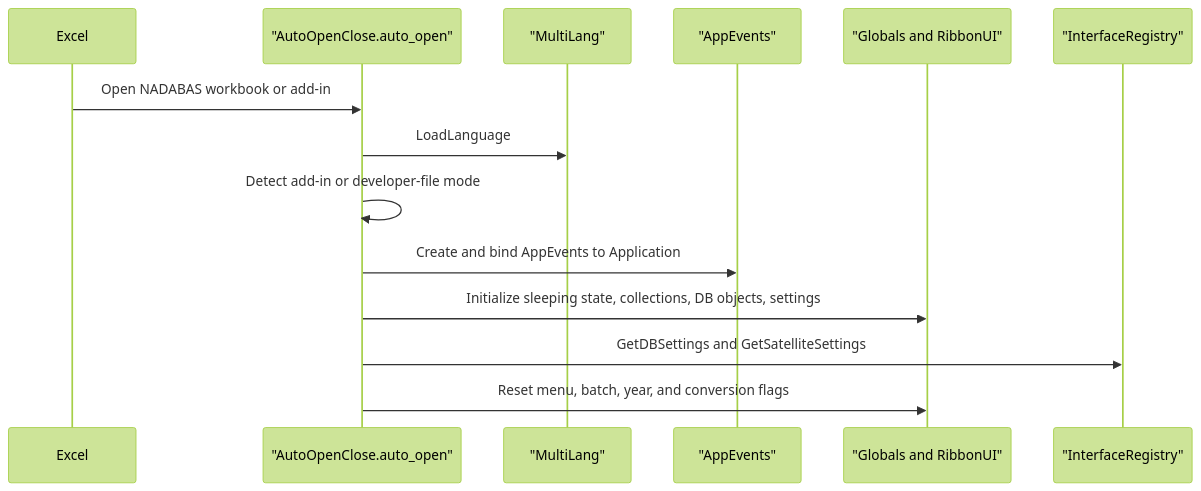
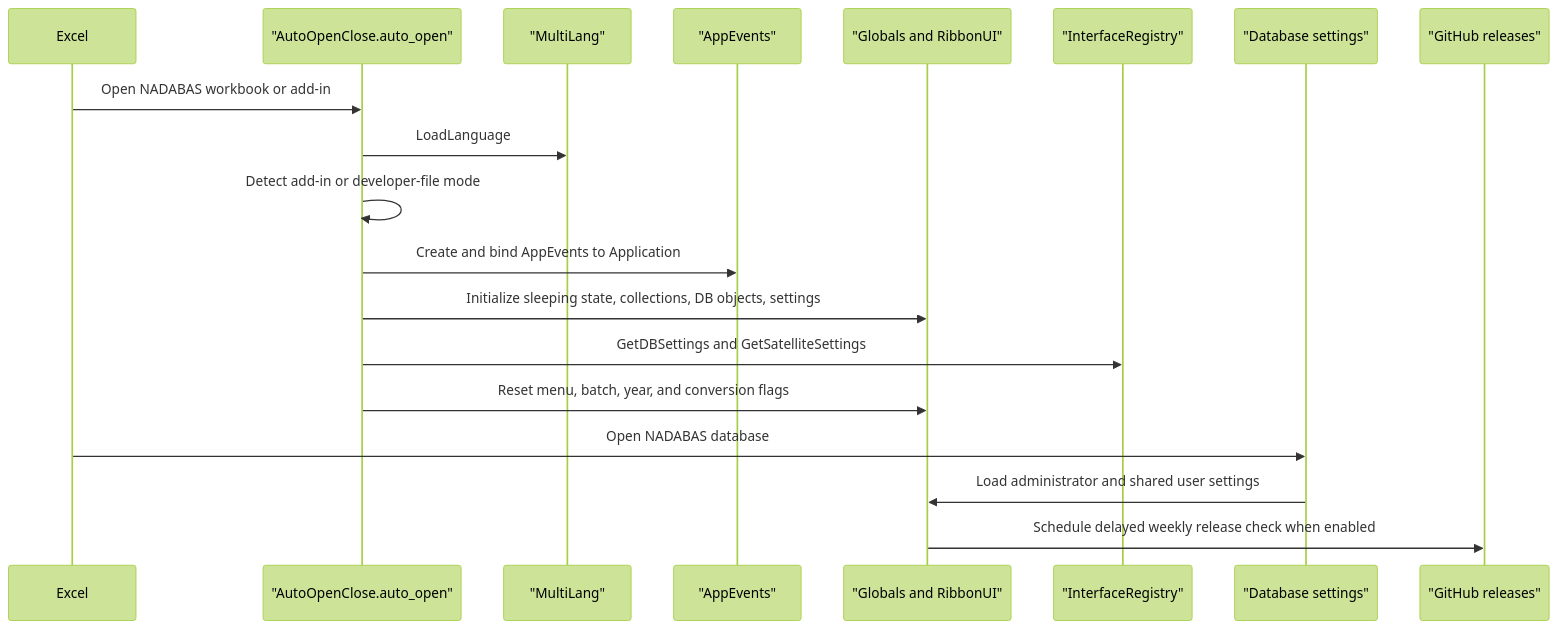
The diagram in docs/vba/lifecycle-and-ui.qmd (statisticsnorway/nadabas), drawn with Mermaid (forest theme) before and after one commit. The commit also changed other lines of this file and 62 other files, not shown here.

````diff
--- a/docs/vba/lifecycle-and-ui.qmd
+++ b/docs/vba/lifecycle-and-ui.qmd
@@ -17,17 +17,22 @@
 ```{mermaid}
 sequenceDiagram
   participant Excel
   participant Startup as "AutoOpenClose.auto_open"
   participant Language as "MultiLang"
   participant Events as "AppEvents"
   participant State as "Globals and RibbonUI"
   participant Registry as "InterfaceRegistry"
+  participant Database as "Database settings"
+  participant Release as "GitHub releases"
 
   Excel->>Startup: Open NADABAS workbook or add-in
   Startup->>Language: LoadLanguage
   Startup->>Startup: Detect add-in or developer-file mode
   Startup->>Events: Create and bind AppEvents to Application
   Startup->>State: Initialize sleeping state, collections, DB objects, settings
   Startup->>Registry: GetDBSettings and GetSatelliteSettings
   Startup->>State: Reset menu, batch, year, and conversion flags
+  Excel->>Database: Open NADABAS database
+  Database->>State: Load administrator and shared user settings
+  State->>Release: Schedule delayed weekly release check when enabled
 ```
````
